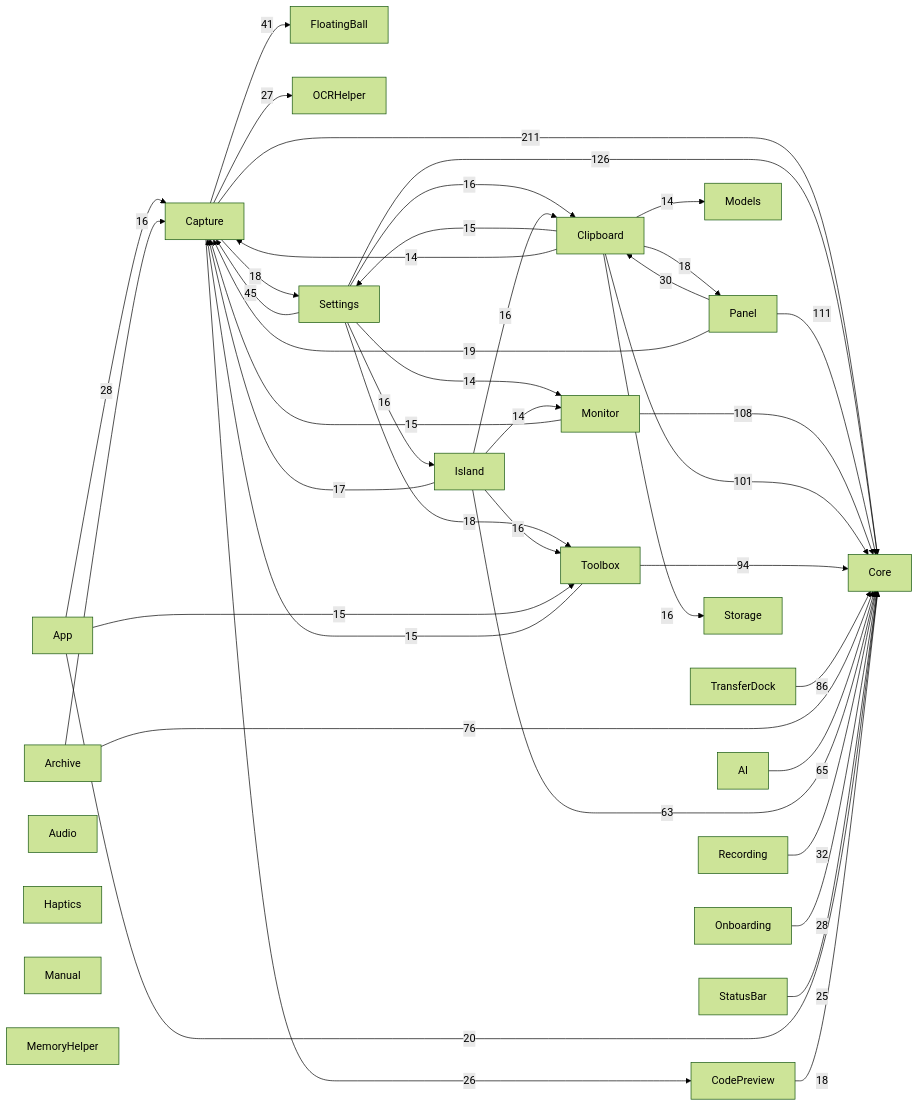
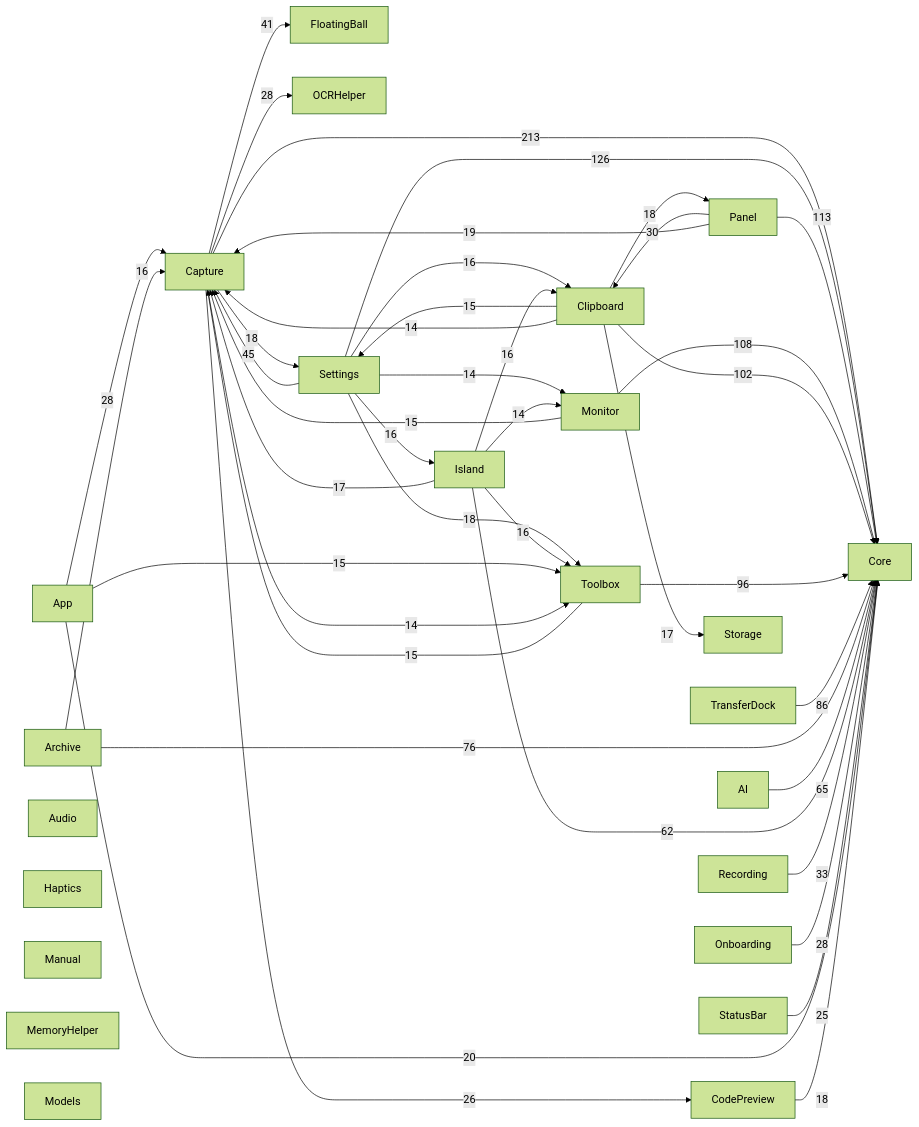
One commit to sxyq/Kitnest changed the diagram in docs/00-总览/模块依赖图.md. Above: the diagram before and after it, drawn with Mermaid (forest theme). The commit also changed other lines of this file and 120 other files, not shown here.

````diff
--- a/docs/00-总览/模块依赖图.md
+++ b/docs/00-总览/模块依赖图.md
@@ -38,67 +38,67 @@
 ```mermaid
 flowchart LR
   M0["AI"]
   M1["App"]
   M2["Archive"]
   M3["Audio"]
   M4["Capture"]
   M5["Clipboard"]
   M6["CodePreview"]
   M7["Core"]
   M8["FloatingBall"]
   M9["Haptics"]
   M10["Island"]
   M11["Manual"]
   M12["MemoryHelper"]
   M13["Models"]
   M14["Monitor"]
   M15["OCRHelper"]
   M16["Onboarding"]
   M17["Panel"]
   M18["Recording"]
   M19["Settings"]
   M20["StatusBar"]
   M21["Storage"]
   M22["Toolbox"]
   M23["TransferDock"]
-  M4 -->|211| M7
+  M4 -->|213| M7
   M19 -->|126| M7
-  M17 -->|111| M7
+  M17 -->|113| M7
   M14 -->|108| M7
-  M5 -->|101| M7
-  M22 -->|94| M7
+  M5 -->|102| M7
+  M22 -->|96| M7
   M23 -->|86| M7
   M2 -->|76| M7
   M0 -->|65| M7
-  M10 -->|63| M7
+  M10 -->|62| M7
   M19 -->|45| M4
   M4 -->|41| M8
-  M18 -->|32| M7
+  M18 -->|33| M7
   M17 -->|30| M5
   M1 -->|28| M4
+  M4 -->|28| M15
   M16 -->|28| M7
-  M4 -->|27| M15
   M4 -->|26| M6
   M20 -->|25| M7
   M1 -->|20| M7
   M17 -->|19| M4
   M19 -->|18| M22
   M4 -->|18| M19
   M6 -->|18| M7
   M5 -->|18| M17
   M10 -->|17| M4
+  M5 -->|17| M21
   M19 -->|16| M5
   M19 -->|16| M10
   M2 -->|16| M4
   M10 -->|16| M22
   M10 -->|16| M5
-  M5 -->|16| M21
   M1 -->|15| M22
   M14 -->|15| M4
   M22 -->|15| M4
   M5 -->|15| M19
   M19 -->|14| M14
+  M4 -->|14| M22
   M10 -->|14| M14
   M5 -->|14| M4
-  M5 -->|14| M13
 ```
````
